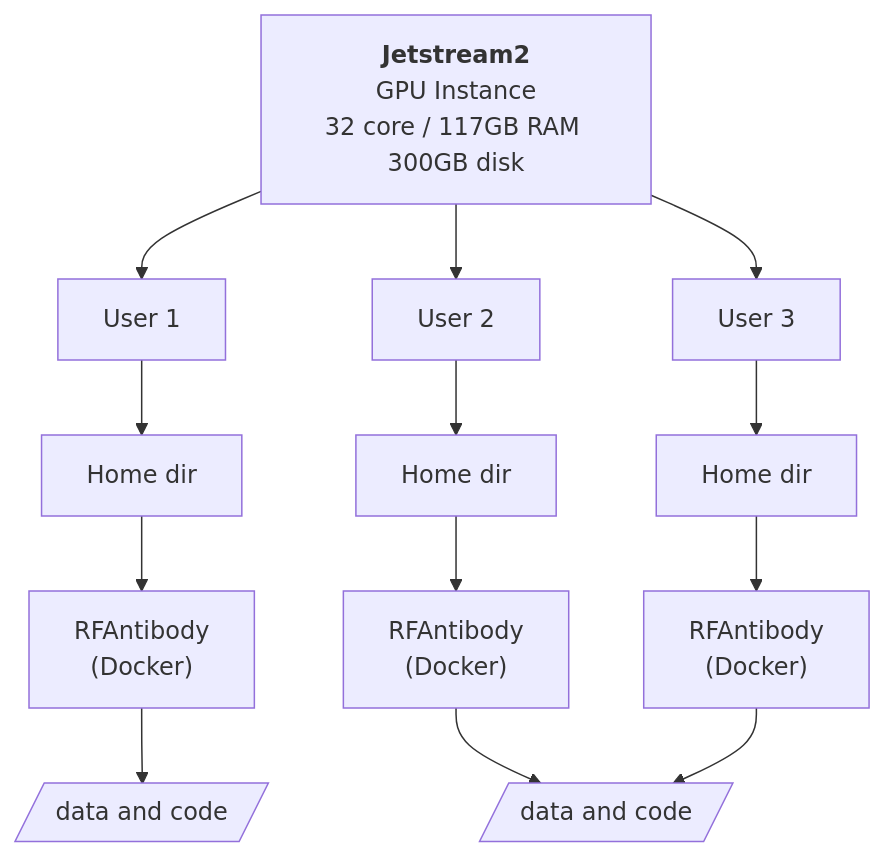
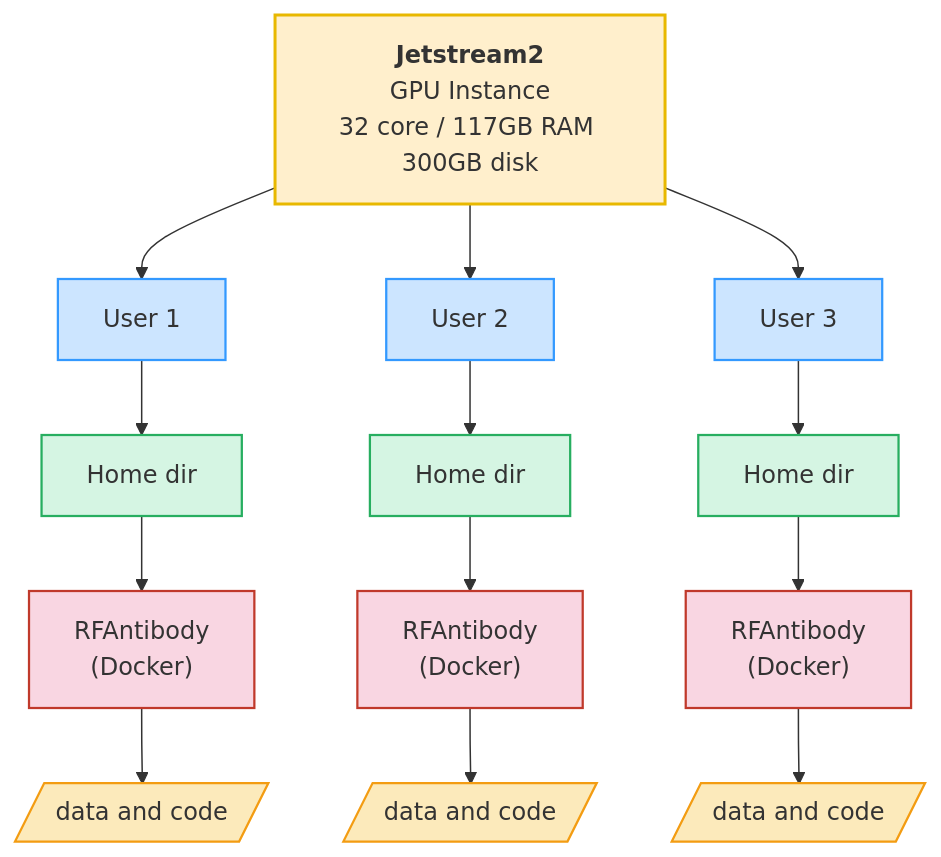
Before and after one commit to AntibodyEngineers/2025-Antibodies-and-AI: the diagram in README.md, drawn with Mermaid. The commit also changed other lines of this file, not shown here.

````diff
--- a/README.md
+++ b/README.md
@@ -7,10 +9,15 @@
 ```mermaid
 flowchart TD
 
-A["<b>Jetstream2</b><br />GPU Instance<br />32 core / 117GB RAM 300GB disk"]
-  --> B[User 1] --> C[Home dir] --> D["RFAntibody<br/>(Docker)"]
-  --> E[/data and code/]
-A --> B2[User 2] --> C2[Home dir] --> D2["RFAntibody<br/>(Docker)"] --> E2[/data and code/]
-A --> B3[User 3] --> C3[Home dir] --> D3["RFAntibody<br/>(Docker)"] --> E2[/data and code/]
+A["<b>Jetstream2</b><br />GPU Instance<br />32 core / 117GB RAM 300GB disk"]:::gpu
+  --> B[User 1]:::user --> C[Home dir]:::home --> D["RFAntibody<br/>(Docker)"]:::docker --> E[/data and code/]:::data
+A --> B2[User 2]:::user --> C2[Home dir]:::home --> D2["RFAntibody<br/>(Docker)"]:::docker --> E2[/data and code/]:::data
+A --> B3[User 3]:::user --> C3[Home dir]:::home --> D3["RFAntibody<br/>(Docker)"]:::docker --> E3[/data and code/]:::data
 
+%% Style definitions
+classDef gpu fill:#ffefcc,stroke:#e8b800,stroke-width:2px;
+classDef user fill:#cce5ff,stroke:#3399ff,stroke-width:1.5px;
+classDef home fill:#d5f5e3,stroke:#27ae60,stroke-width:1.5px;
+classDef docker fill:#f9d6e2,stroke:#c0392b,stroke-width:1.5px;
+classDef data fill:#fceabb,stroke:#f39c12,stroke-width:1.5px;
 ```
````
